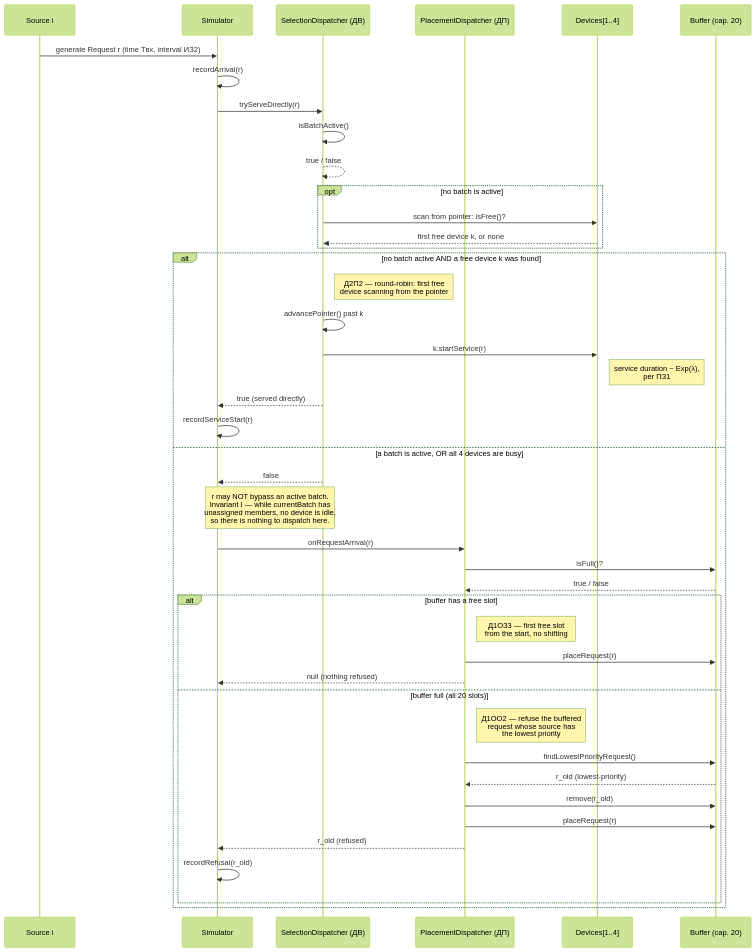
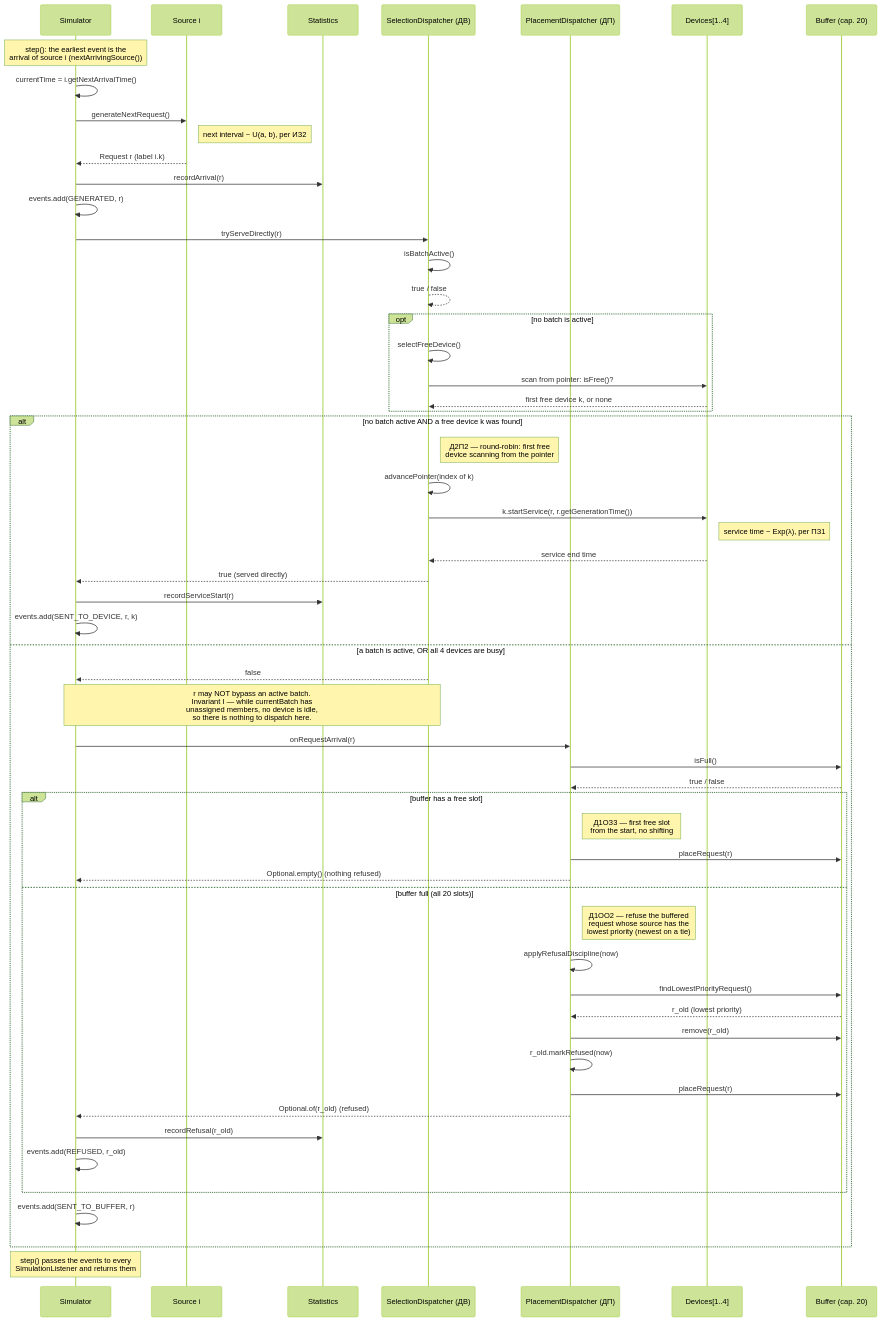
One commit to abdelrhmanbaha/smo-v24-commodity-trading changed the diagram in docs/diagrams/sequence-arrival.mmd. Above: the diagram before and after it, drawn with Mermaid (forest theme). The commit also changed 7 other files, not shown here.

Commit message:
Update sequence diagrams and flowchart to match the implementation

```diff
--- a/docs/diagrams/sequence-arrival.mmd
+++ b/docs/diagrams/sequence-arrival.mmd
@@ -1,45 +1,59 @@
 sequenceDiagram
+    participant Sim as Simulator
     participant S as Source i
-    participant Sim as Simulator
+    participant St as Statistics
     participant ДВ as SelectionDispatcher (ДВ)
     participant ДП as PlacementDispatcher (ДП)
     participant D as Devices[1..4]
     participant B as Buffer (cap. 20)
 
-    S->>Sim: generate Request r (time Tвх, interval ИЗ2)
-    Sim->>Sim: recordArrival(r)
+    Note over Sim: step(): the earliest event is the<br/>arrival of source i (nextArrivingSource())
+    Sim->>Sim: currentTime = i.getNextArrivalTime()
+    Sim->>S: generateNextRequest()
+    Note right of S: next interval ~ U(a, b), per ИЗ2
+    S-->>Sim: Request r (label i.k)
+    Sim->>St: recordArrival(r)
+    Sim->>Sim: events.add(GENERATED, r)
     Sim->>ДВ: tryServeDirectly(r)
     ДВ->>ДВ: isBatchActive()
     ДВ-->>ДВ: true / false
     opt no batch is active
+        ДВ->>ДВ: selectFreeDevice()
         ДВ->>D: scan from pointer: isFree()?
         D-->>ДВ: first free device k, or none
     end
 
     alt no batch active AND a free device k was found
         Note right of ДВ: Д2П2 — round-robin: first free<br/>device scanning from the pointer
-        ДВ->>ДВ: advancePointer() past k
-        ДВ->>D: k.startService(r)
-        Note right of D: service duration ~ Exp(λ),<br/>per ПЗ1
+        ДВ->>ДВ: advancePointer(index of k)
+        ДВ->>D: k.startService(r, r.getGenerationTime())
+        Note right of D: service time ~ Exp(λ), per ПЗ1
+        D-->>ДВ: service end time
         ДВ-->>Sim: true (served directly)
-        Sim->>Sim: recordServiceStart(r)
+        Sim->>St: recordServiceStart(r)
+        Sim->>Sim: events.add(SENT_TO_DEVICE, r, k)
     else a batch is active, OR all 4 devices are busy
         ДВ-->>Sim: false
         Note over Sim,ДВ: r may NOT bypass an active batch.<br/>Invariant I — while currentBatch has<br/>unassigned members, no device is idle,<br/>so there is nothing to dispatch here.
         Sim->>ДП: onRequestArrival(r)
-        ДП->>B: isFull()?
+        ДП->>B: isFull()
         B-->>ДП: true / false
         alt buffer has a free slot
             Note right of ДП: Д1ОЗ3 — first free slot<br/>from the start, no shifting
             ДП->>B: placeRequest(r)
-            ДП-->>Sim: null (nothing refused)
+            ДП-->>Sim: Optional.empty() (nothing refused)
         else buffer full (all 20 slots)
-            Note right of ДП: Д1ОО2 — refuse the buffered<br/>request whose source has<br/>the lowest priority
+            Note right of ДП: Д1ОО2 — refuse the buffered<br/>request whose source has the<br/>lowest priority (newest on a tie)
+            ДП->>ДП: applyRefusalDiscipline(now)
             ДП->>B: findLowestPriorityRequest()
-            B-->>ДП: r_old (lowest-priority)
+            B-->>ДП: r_old (lowest priority)
             ДП->>B: remove(r_old)
+            ДП->>ДП: r_old.markRefused(now)
             ДП->>B: placeRequest(r)
-            ДП-->>Sim: r_old (refused)
-            Sim->>Sim: recordRefusal(r_old)
+            ДП-->>Sim: Optional.of(r_old) (refused)
+            Sim->>St: recordRefusal(r_old)
+            Sim->>Sim: events.add(REFUSED, r_old)
         end
+        Sim->>Sim: events.add(SENT_TO_BUFFER, r)
     end
+    Note over Sim: step() passes the events to every<br/>SimulationListener and returns them
```
